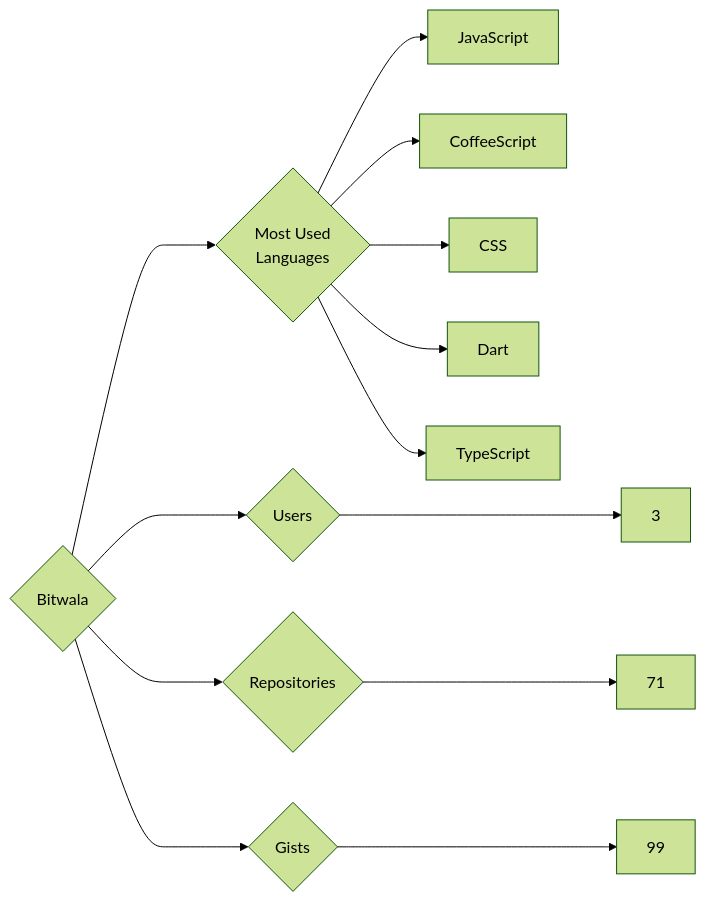
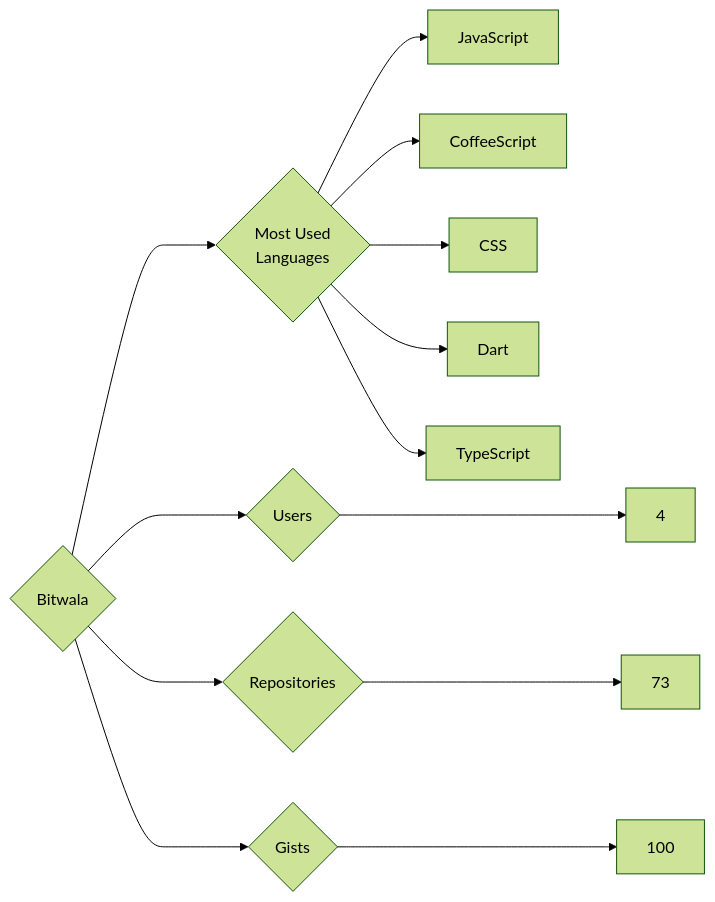
One commit to trickest/insiders changed the diagram in targets/Bitwala/README.md. Above: the diagram before and after it, drawn with Mermaid (forest theme). The commit also changed 693 other files, not shown here.

````diff
--- a/targets/Bitwala/README.md
+++ b/targets/Bitwala/README.md
@@ -3,13 +3,13 @@
 ```mermaid
 graph LR
 COMPANY_NAME{Bitwala}
-COMPANY_NAME ---> U{Users} ---> UN[3]
-COMPANY_NAME ---> R{Repositories} ---> RN[71]
-COMPANY_NAME ---> G{Gists} ---> GN[99]
+COMPANY_NAME ---> U{Users} ---> UN[4]
+COMPANY_NAME ---> R{Repositories} ---> RN[73]
+COMPANY_NAME ---> G{Gists} ---> GN[100]
 COMPANY_NAME ---> ML{Most Used<br>Languages}
 ML --> JavaScript[JavaScript]
 ML --> CoffeeScript[CoffeeScript]
 ML --> CSS[CSS]
 ML --> Dart[Dart]
 ML --> TypeScript[TypeScript]
 ```
````
